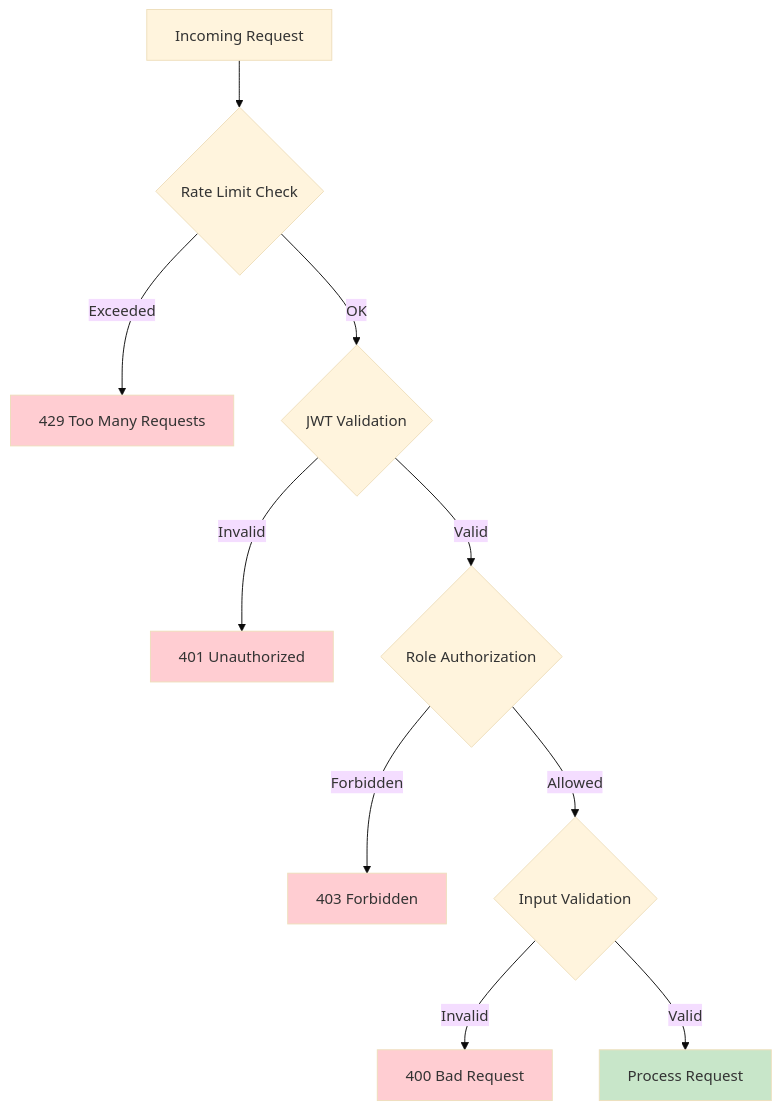
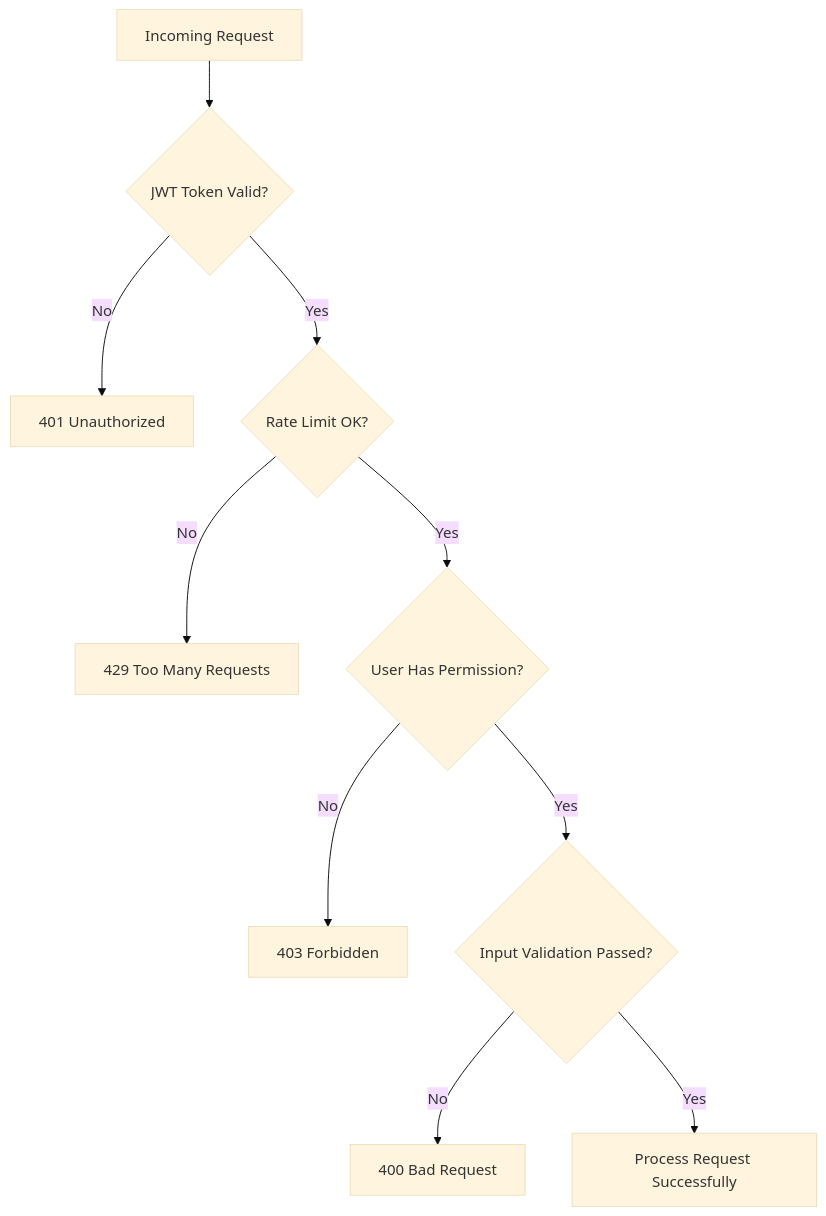
The fourth of 6 diagrams in README.md (VRAJESH-31/VoyageGEN--B2B-Travel-Agency-Quoatation-System), drawn with Mermaid (base theme) before and after one commit. The commit also changed other lines of this file, not shown here.

````diff
--- a/README.md
+++ b/README.md
@@ -259,18 +483,12 @@
 ```mermaid
 flowchart TD
-    A[Incoming Request] --> B{Rate Limit Check}
-    B -->|Exceeded| C[429 Too Many Requests]
-    B -->|OK| D{JWT Validation}
-    D -->|Invalid| E[401 Unauthorized]
-    D -->|Valid| F{Role Authorization}
-    F -->|Forbidden| G[403 Forbidden]
-    F -->|Allowed| H{Input Validation}
-    H -->|Invalid| I[400 Bad Request]
-    H -->|Valid| J[Process Request]
-    
-    style C fill:#ffcdd2
-    style E fill:#ffcdd2
-    style G fill:#ffcdd2
-    style I fill:#ffcdd2
-    style J fill:#c8e6c9
+    A[Incoming Request] --> B{JWT Token Valid?}
+    B -->|No| C[401 Unauthorized]
+    B -->|Yes| D{Rate Limit OK?}
+    D -->|No| E[429 Too Many Requests]
+    D -->|Yes| F{User Has Permission?}
+    F -->|No| G[403 Forbidden]
+    F -->|Yes| H{Input Validation Passed?}
+    H -->|No| I[400 Bad Request]
+    H -->|Yes| J[Process Request Successfully]
 ```
````
